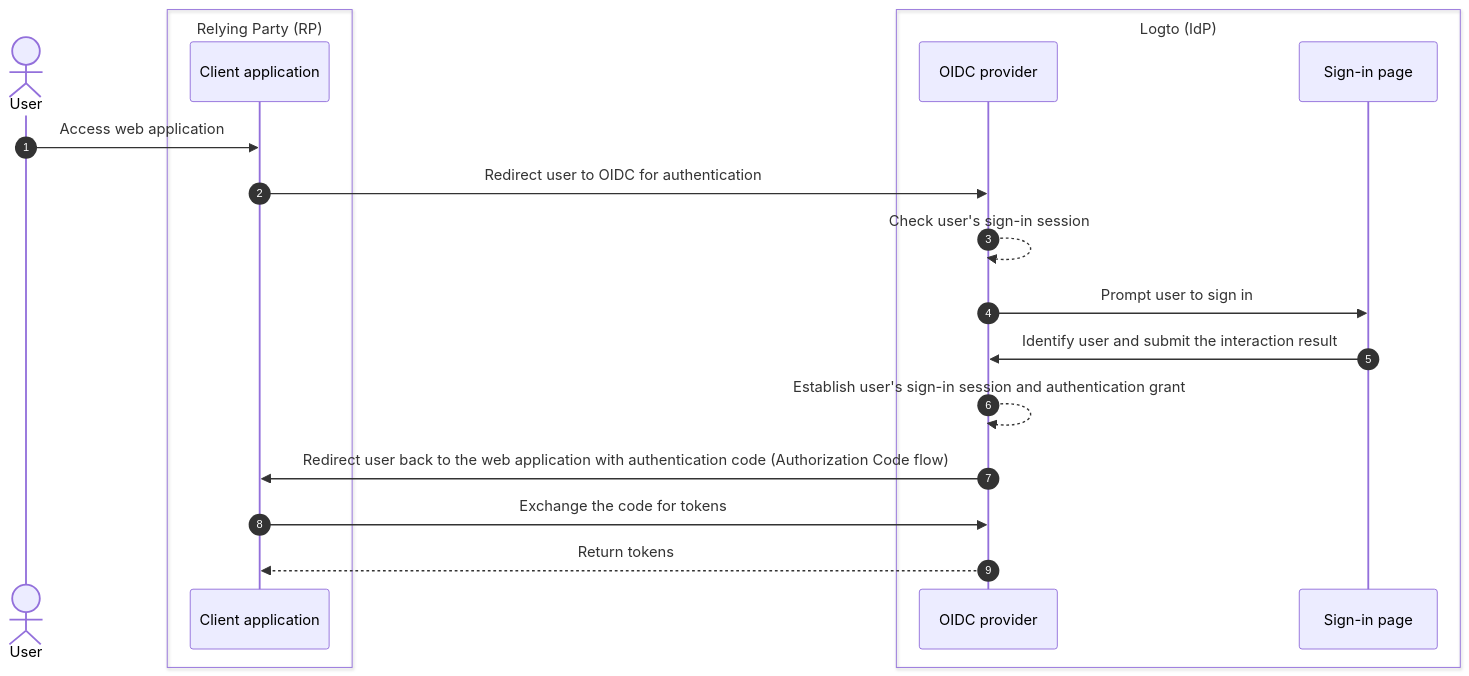
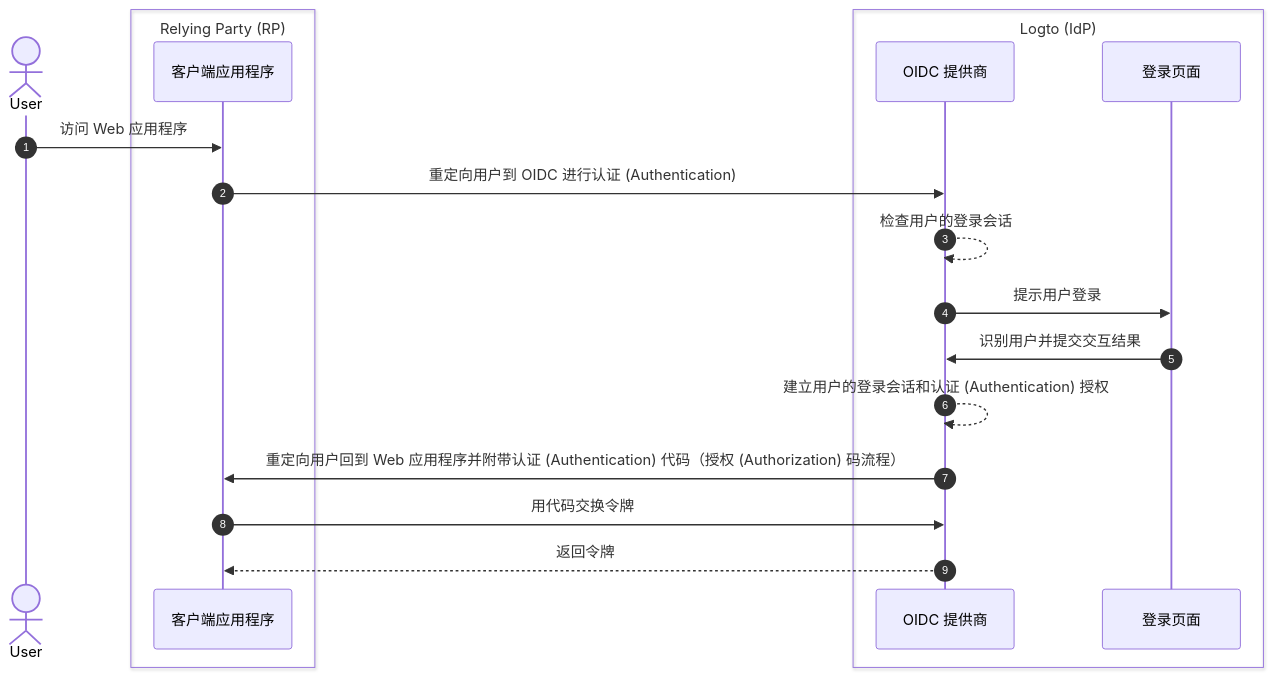
Before and after one commit to logto-io/docs: the first of 3 diagrams in i18n/zh-CN/docusaurus-plugin-content-docs/current/end-user-flows/sign-out.mdx, drawn with Mermaid. The commit also changed other lines of this file and 428 other files, not shown here.

````diff
--- a/i18n/zh-CN/docusaurus-plugin-content-docs/current/end-user-flows/sign-out.mdx
+++ b/i18n/zh-CN/docusaurus-plugin-content-docs/current/end-user-flows/sign-out.mdx
@@ -13,24 +13,24 @@
 ```mermaid
   sequenceDiagram
     autonumber
     actor User
 
     box Relying Party (RP)
-      participant Client as Client application
+      participant Client as 客户端应用程序
     end
 
     box Logto (IdP)
-      participant OIDC as OIDC provider
-      participant SignIn as Sign-in page
+      participant OIDC as OIDC 提供商
+      participant SignIn as 登录页面
     end
 
-    User ->> Client: Access web application
-    Client ->> OIDC: Redirect user to OIDC for authentication
-    OIDC -->> OIDC: Check user's sign-in session
-    OIDC ->> SignIn: Prompt user to sign in
-    SignIn ->> OIDC: Identify user and submit the interaction result
-    OIDC -->> OIDC: Establish user's sign-in session and authentication grant
-    OIDC ->> Client: Redirect user back to the web application with authentication code (Authorization Code flow)
-    Client ->> OIDC: Exchange the code for tokens
-    OIDC -->> Client: Return tokens
+    User ->> Client: 访问 Web 应用程序
+    Client ->> OIDC: 重定向用户到 OIDC 进行认证 (Authentication)
+    OIDC -->> OIDC: 检查用户的登录会话
+    OIDC ->> SignIn: 提示用户登录
+    SignIn ->> OIDC: 识别用户并提交交互结果
+    OIDC -->> OIDC: 建立用户的登录会话和认证 (Authentication) 授权
+    OIDC ->> Client: 重定向用户回到 Web 应用程序并附带认证 (Authentication) 代码（授权 (Authorization) 码流程）
+    Client ->> OIDC: 用代码交换令牌
+    OIDC -->> Client: 返回令牌
 ```
````
